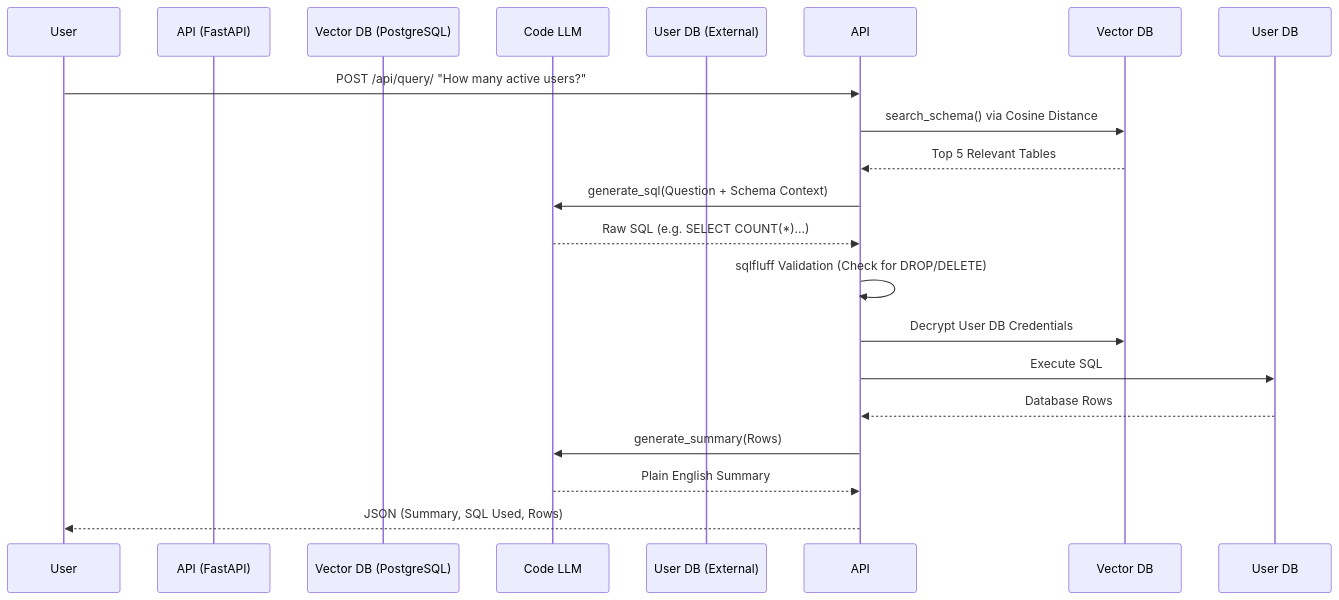
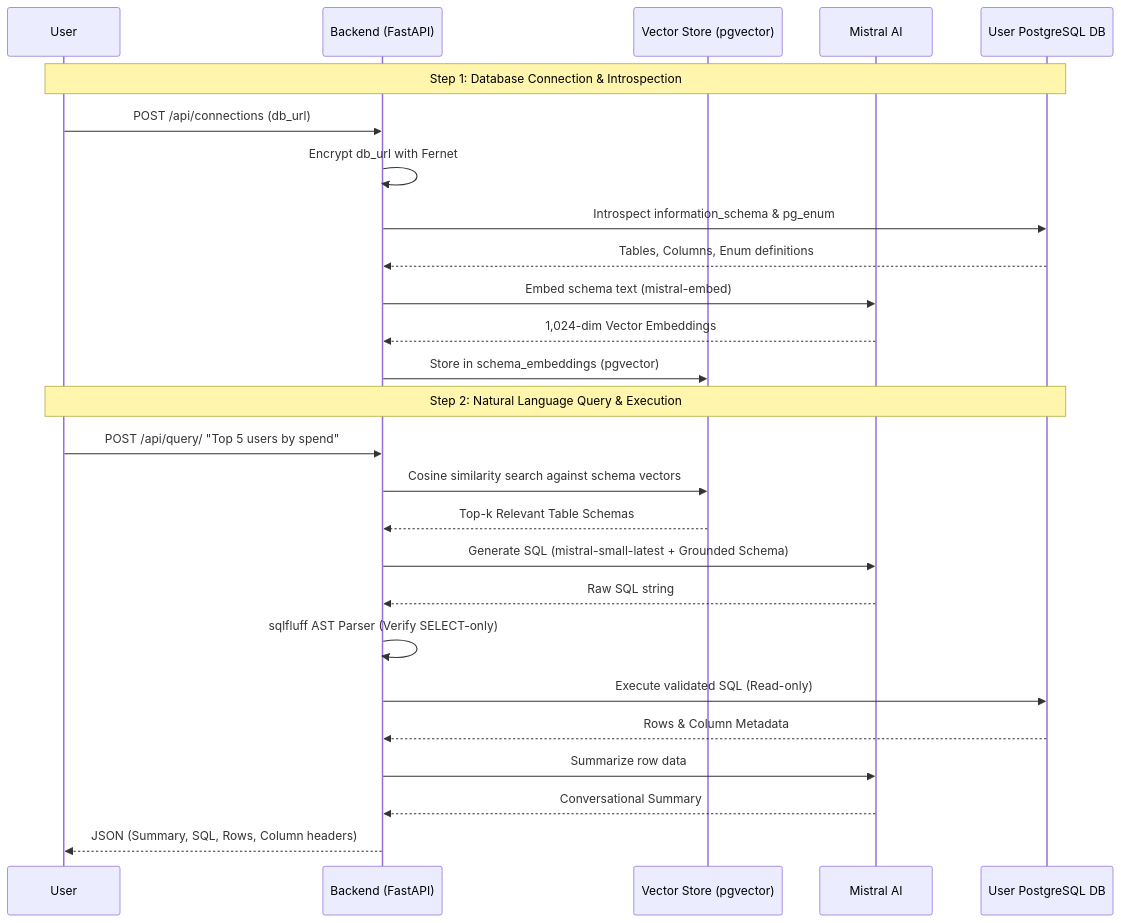
One commit to Lucky-Purswani/ai-sql-service changed the diagram in README.md. Above: the diagram before and after it, drawn with Mermaid. The commit also changed other lines of this file, not shown here.

Commit message:
docs: update README with architecture, pgvector RAG pipeline, and AST safety details

````diff
--- a/README.md
+++ b/README.md
@@ -49,21 +20,30 @@
 ```mermaid
 sequenceDiagram
     participant User
-    participant API (FastAPI)
-    participant Vector DB (PostgreSQL)
-    participant Code LLM
-    participant User DB (External)
+    participant FastAPI as Backend (FastAPI)
+    participant VectorDB as Vector Store (pgvector)
+    participant Mistral as Mistral AI
+    participant TargetDB as User PostgreSQL DB
 
-    User->>API: POST /api/query/ "How many active users?"
-    API->>Vector DB: search_schema() via Cosine Distance
-    Vector DB-->>API: Top 5 Relevant Tables
-    API->>Code LLM: generate_sql(Question + Schema Context)
-    Code LLM-->>API: Raw SQL (e.g. SELECT COUNT(*)...)
-    API->>API: sqlfluff Validation (Check for DROP/DELETE)
-    API->>Vector DB: Decrypt User DB Credentials
-    API->>User DB: Execute SQL
-    User DB-->>API: Database Rows
-    API->>Code LLM: generate_summary(Rows)
-    Code LLM-->>API: Plain English Summary
-    API-->>User: JSON (Summary, SQL Used, Rows)
+    Note over User,TargetDB: Step 1: Database Connection & Introspection
+    User->>FastAPI: POST /api/connections (db_url)
+    FastAPI->>FastAPI: Encrypt db_url with Fernet
+    FastAPI->>TargetDB: Introspect information_schema & pg_enum
+    TargetDB-->>FastAPI: Tables, Columns, Enum definitions
+    FastAPI->>Mistral: Embed schema text (mistral-embed)
+    Mistral-->>FastAPI: 1,024-dim Vector Embeddings
+    FastAPI->>VectorDB: Store in schema_embeddings (pgvector)
+
+    Note over User,TargetDB: Step 2: Natural Language Query & Execution
+    User->>FastAPI: POST /api/query/ "Top 5 users by spend"
+    FastAPI->>VectorDB: Cosine similarity search against schema vectors
+    VectorDB-->>FastAPI: Top-k Relevant Table Schemas
+    FastAPI->>Mistral: Generate SQL (mistral-small-latest + Grounded Schema)
+    Mistral-->>FastAPI: Raw SQL string
+    FastAPI->>FastAPI: sqlfluff AST Parser (Verify SELECT-only)
+    FastAPI->>TargetDB: Execute validated SQL (Read-only)
+    TargetDB-->>FastAPI: Rows & Column Metadata
+    FastAPI->>Mistral: Summarize row data
+    Mistral-->>FastAPI: Conversational Summary
+    FastAPI-->>User: JSON (Summary, SQL, Rows, Column headers)
 ```
````
